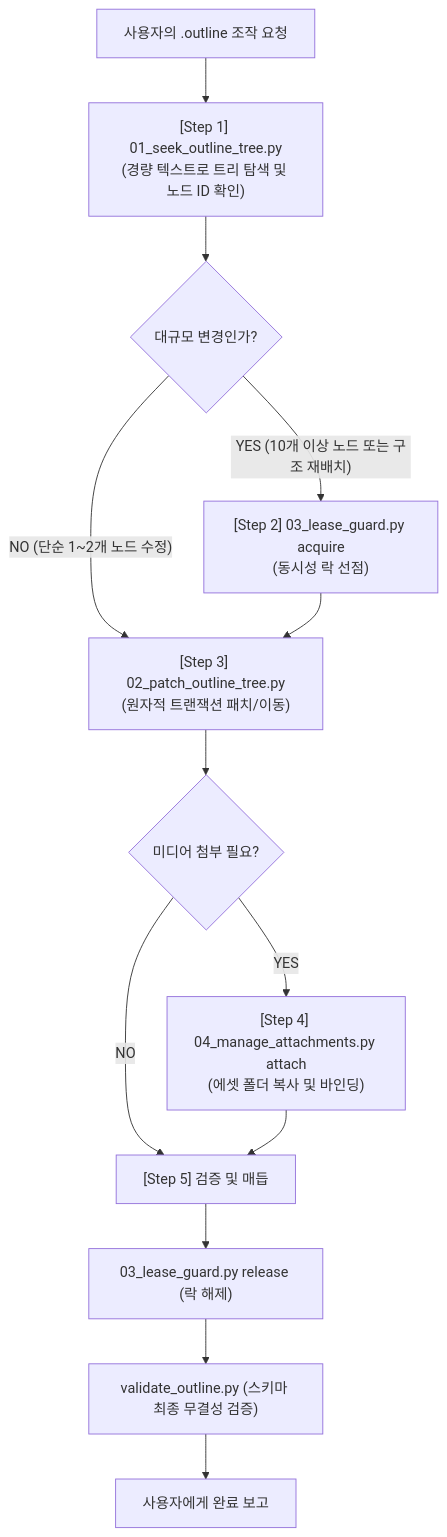
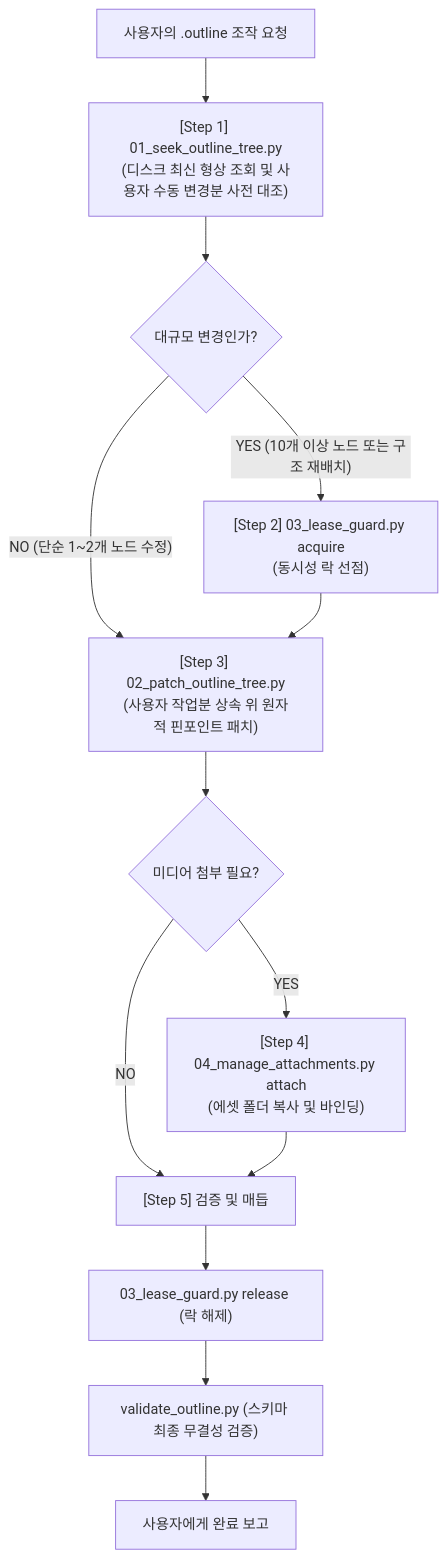
The diagram in .agents/skills/external_pm_04_obsidian_outliner_collaborator/SKILL.md (knee2420/VibePatchNote), drawn with Mermaid before and after one commit. The commit also changed other lines of this file and 10 other files, not shown here.

````diff
--- a/.agents/skills/external_pm_04_obsidian_outliner_collaborator/SKILL.md
+++ b/.agents/skills/external_pm_04_obsidian_outliner_collaborator/SKILL.md
@@ -39,15 +39,15 @@
 ```mermaid
 flowchart TD
-    A["사용자의 .outline 조작 요청"] --> B["[Step 1] 01_seek_outline_tree.py\n(경량 텍스트로 트리 탐색 및 노드 ID 확인)"]
+    A["사용자의 .outline 조작 요청"] --> B["[Step 1] 01_seek_outline_tree.py\n(디스크 최신 형상 조회 및 사용자 수동 변경분 사전 대조)"]
     B --> C{"대규모 변경인가?"}
     C -- "YES (10개 이상 노드 또는 구조 재배치)" --> D["[Step 2] 03_lease_guard.py acquire\n(동시성 락 선점)"]
-    C -- "NO (단순 1~2개 노드 수정)" --> E["[Step 3] 02_patch_outline_tree.py\n(원자적 트랜잭션 패치/이동)"]
+    C -- "NO (단순 1~2개 노드 수정)" --> E["[Step 3] 02_patch_outline_tree.py\n(사용자 작업분 상속 위 원자적 핀포인트 패치)"]
     D --> E
     E --> F{"미디어 첨부 필요?"}
     F -- "YES" --> G["[Step 4] 04_manage_attachments.py attach\n(에셋 폴더 복사 및 바인딩)"]
     F -- "NO" --> H["[Step 5] 검증 및 매듭"]
     G --> H
     H --> I["03_lease_guard.py release (락 해제)"]
     I --> J["validate_outline.py (스키마 최종 무결성 검증)"]
     J --> K["사용자에게 완료 보고"]
 ```
````
